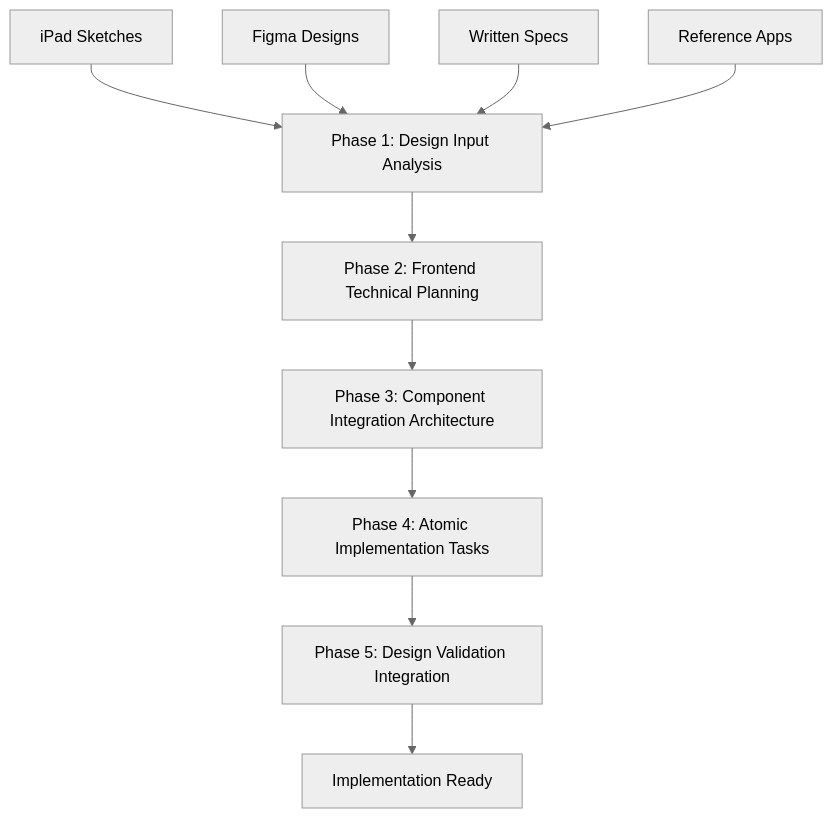
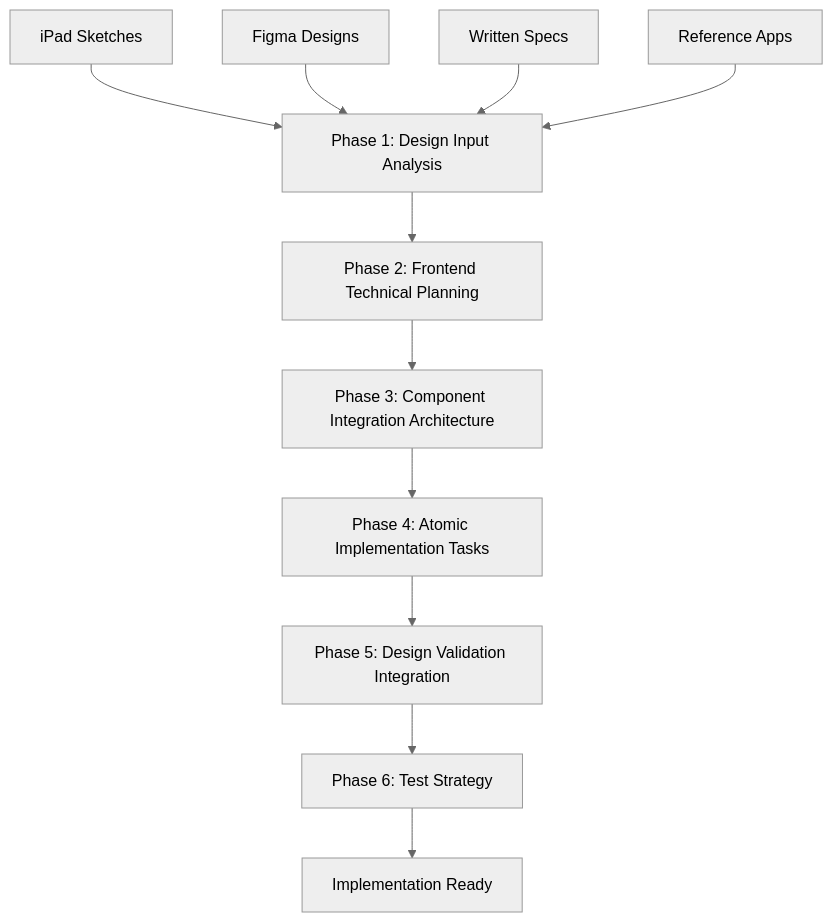
One commit to LerianStudio/ai-prompts changed the diagram in 3-frontend/0-frontend-orchestrator.mdc. Above: the diagram before and after it, drawn with Mermaid (neutral theme). The commit also changed other lines of this file and 12 other files, not shown here.

First line of the commit message:
feat(test-strategy): add comprehensive test strategy phase to all workflows

````diff
--- a/3-frontend/0-frontend-orchestrator.mdc
+++ b/3-frontend/0-frontend-orchestrator.mdc
@@ -51,14 +51,15 @@
 ```mermaid
 graph TD
     A[Phase 1: Design Input Analysis] --> B[Phase 2: Frontend Technical Planning]
     B --> C[Phase 3: Component Integration Architecture]
     C --> D[Phase 4: Atomic Implementation Tasks]
     D --> E[Phase 5: Design Validation Integration]
+    E --> G[Phase 6: Test Strategy]
     
     A1[iPad Sketches] --> A
     A2[Figma Designs] --> A
     A3[Written Specs] --> A
     A4[Reference Apps] --> A
     
-    E --> F[Implementation Ready]
+    G --> F[Implementation Ready]
 ```
````
